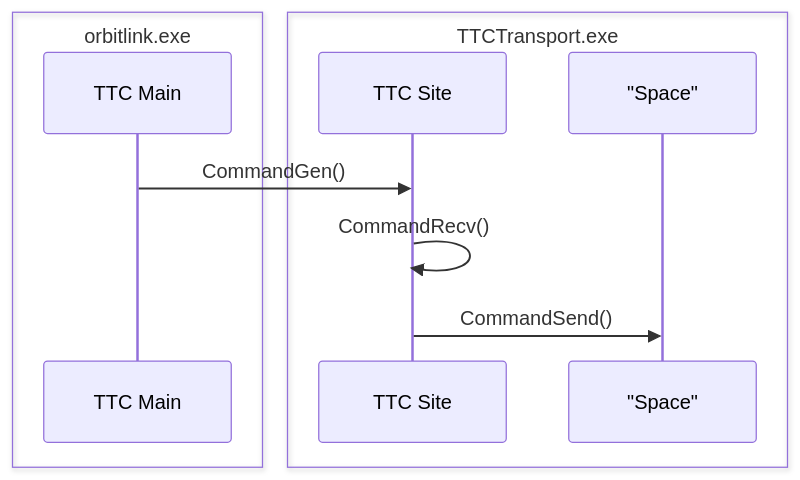
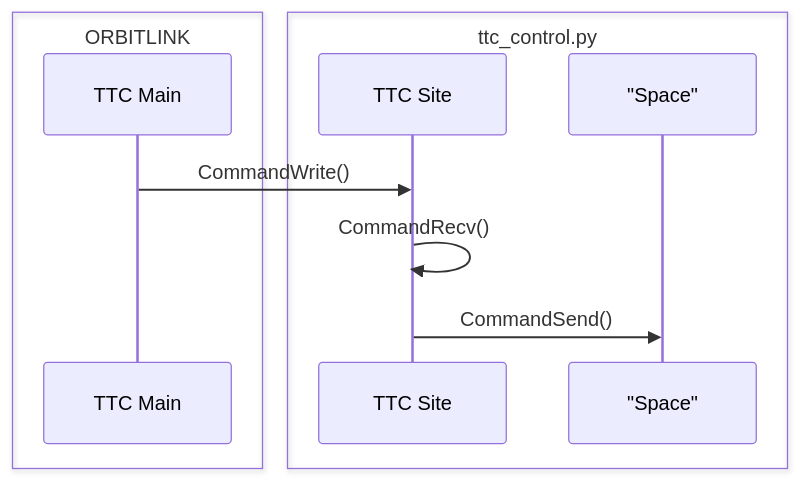
The third of 3 diagrams in README.md (blues-clues-security/orbitlink), drawn with Mermaid before and after one commit. The commit also changed other lines of this file and 54 other files, not shown here.

````diff
--- a/README.md
+++ b/README.md
@@ -77,14 +109,14 @@
 ```mermaid
 sequenceDiagram
-box orbitlink.exe
+box ORBITLINK
 participant TTC Main
 end
-box TTCTransport.exe
+box ttc_control.py
 participant TTC Site
 participant "Space"
 end
 
-TTC Main->>TTC Site: CommandGen()
+TTC Main->>TTC Site: CommandWrite()
 TTC Site->>TTC Site: CommandRecv()
 TTC Site->>"Space": CommandSend()
 ```
````
